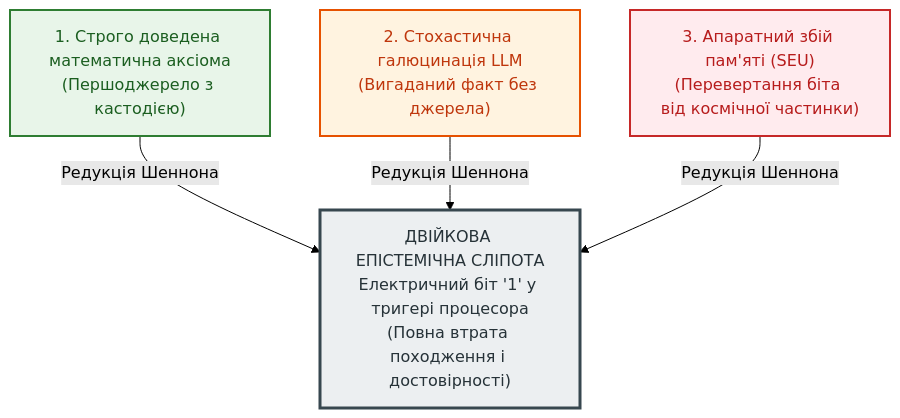
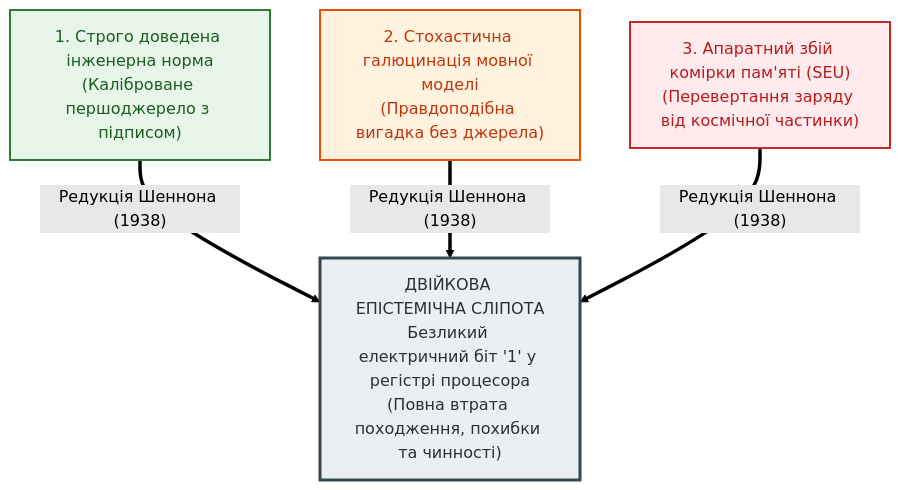
Before and after one commit to nick-fedchik/articles: the first of 2 diagrams in Epistemic_Circuit_Theory/ch01-manifesto-and-epistemic-gap.md, drawn with Mermaid (forest theme). The commit also changed other lines of this file and 1 other file, not shown here.

````diff
--- a/Epistemic_Circuit_Theory/ch01-manifesto-and-epistemic-gap.md
+++ b/Epistemic_Circuit_Theory/ch01-manifesto-and-epistemic-gap.md
@@ -17,25 +44,25 @@
 ```mermaid
 flowchart TD
     accTitle: Феномен двійкової епістемічної сліпоти після редукції Шеннона
-    accDescr: Три принципово різні джерела сигналу (математична аксіома, галюцинація нейромережі та радіаційний збій) нерозрізненно зливаються в один безликий біт 1.
+    accDescr: Три принципово різні за своєю природою явища — доведена теорема, галюцинація мовної моделі та радіаційний збій пам'яті — зливаються в один нерозрізненний біт 1.
 
-    Axiom["1. Строго доведена математична аксіома\n(Першоджерело з кастодією)"]
-    Hallucination["2. Стохастична галюцинація LLM\n(Вигаданий факт без джерела)"]
-    Fault["3. Апаратний збій пам'яті (SEU)\n(Перевертання біта від космічної частинки)"]
+    Axiom["1. Строго доведена інженерна норма\n(Каліброване першоджерело з підписом)"]
+    Hallucination["2. Стохастична галюцинація мовної моделі\n(Правдоподібна вигадка без джерела)"]
+    Fault["3. Апаратний збій комірки пам'яті (SEU)\n(Перевертання заряду від космічної частинки)"]
 
-    Bit["ДВІЙКОВА ЕПІСТЕМІЧНА СЛІПОТА\nЕлектричний біт '1' у тригері процесора\n(Повна втрата походження і достовірності)"]
+    Bit["ДВІЙКОВА ЕПІСТЕМІЧНА СЛІПОТА\nБезликий електричний біт '1' у регістрі процесора\n(Повна втрата походження, похибки та чинності)"]
 
-    Axiom -->|"Редукція Шеннона"| Bit
-    Hallucination -->|"Редукція Шеннона"| Bit
-    Fault -->|"Редукція Шеннона"| Bit
+    Axiom ==>|"Редукція Шеннона (1938)"| Bit
+    Hallucination ==>|"Редукція Шеннона (1938)"| Bit
+    Fault ==>|"Редукція Шеннона (1938)"| Bit
 
     classDef okStyle fill:#e8f5e9,stroke:#2e7d32,stroke-width:2px,color:#1b5e20;
     classDef warnStyle fill:#fff3e0,stroke:#e65100,stroke-width:2px,color:#bf360c;
     classDef errStyle fill:#ffebee,stroke:#c62828,stroke-width:2px,color:#b71c1c;
     classDef blindStyle fill:#eceff1,stroke:#37474f,stroke-width:3px,color:#263238;
 
     class Axiom okStyle;
     class Hallucination warnStyle;
     class Fault errStyle;
     class Bit blindStyle;
 ```
````
